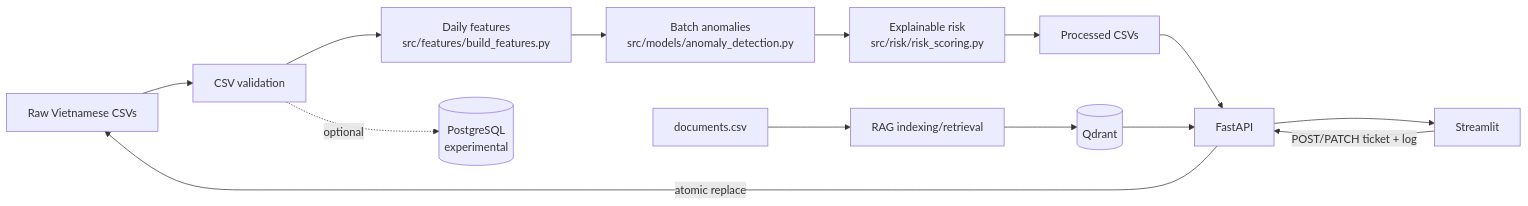
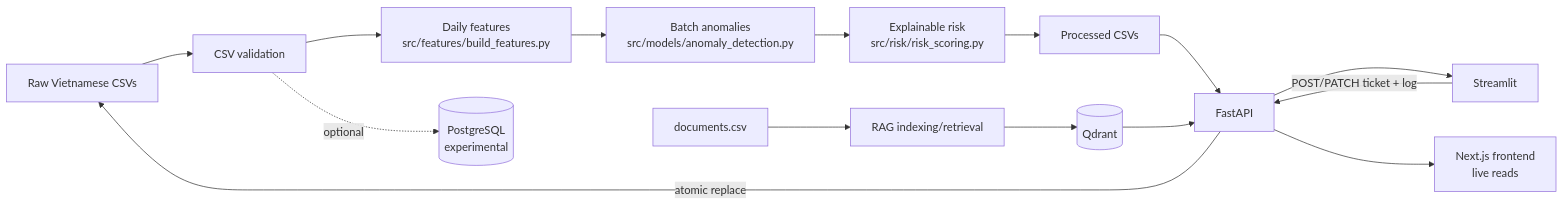
One commit to khoavd18/AI_maintain changed the diagram in README.md. Above: the diagram before and after it, drawn with Mermaid. The commit also changed other lines of this file and 48 other files, not shown here.

Commit message:
feat: refine Next.js frontend and connect live API data

````diff
--- a/README.md
+++ b/README.md
@@ -67,18 +68,19 @@
 ```mermaid
 flowchart LR
     Raw[Raw Vietnamese CSVs] --> Validation[CSV validation]
     Validation --> Features[Daily features<br/>src/features/build_features.py]
     Features --> Anomaly[Batch anomalies<br/>src/models/anomaly_detection.py]
     Anomaly --> Risk[Explainable risk<br/>src/risk/risk_scoring.py]
     Risk --> Processed[Processed CSVs]
     Processed --> API[FastAPI]
     API --> Dashboard[Streamlit]
     Dashboard -->|POST/PATCH ticket + log| API
+    API --> Web[Next.js frontend<br/>live reads]
     API -->|atomic replace| Raw
 
     Docs[documents.csv] --> RAG[RAG indexing/retrieval]
     RAG --> Qdrant[(Qdrant)]
     Qdrant --> API
 
     Validation -. optional .-> Postgres[(PostgreSQL<br/>experimental)]
 ```
````
